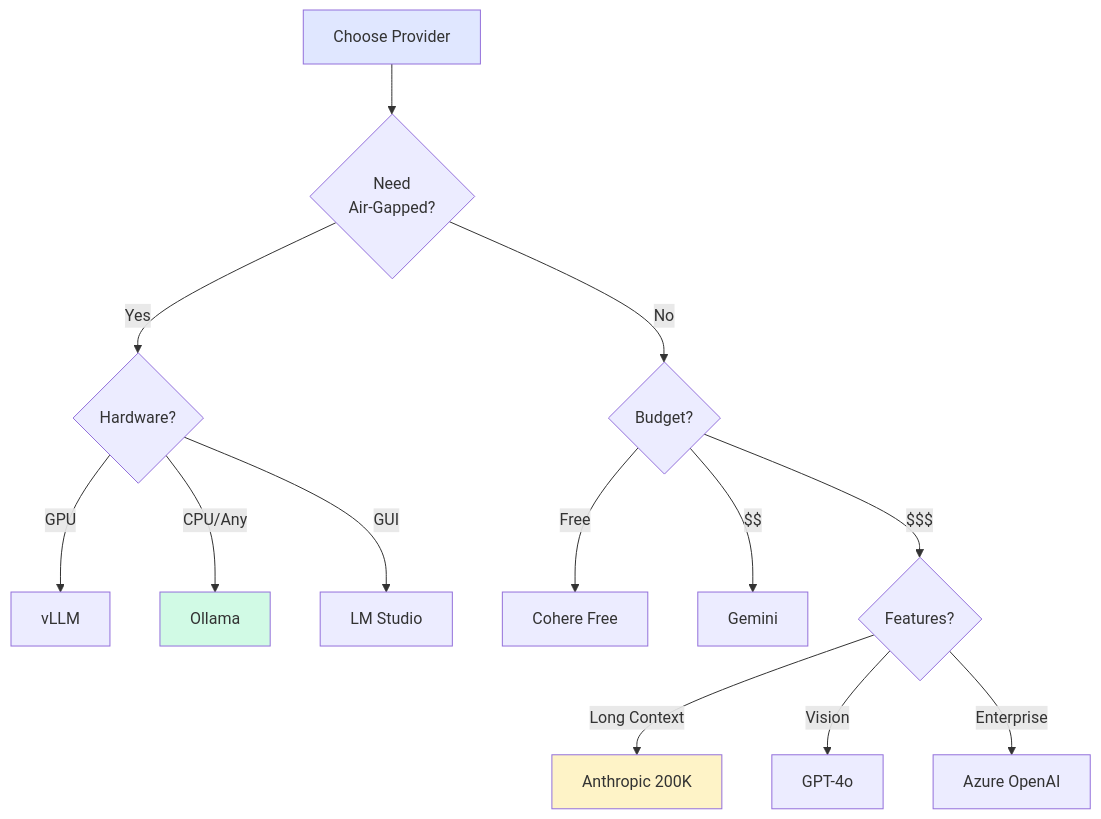
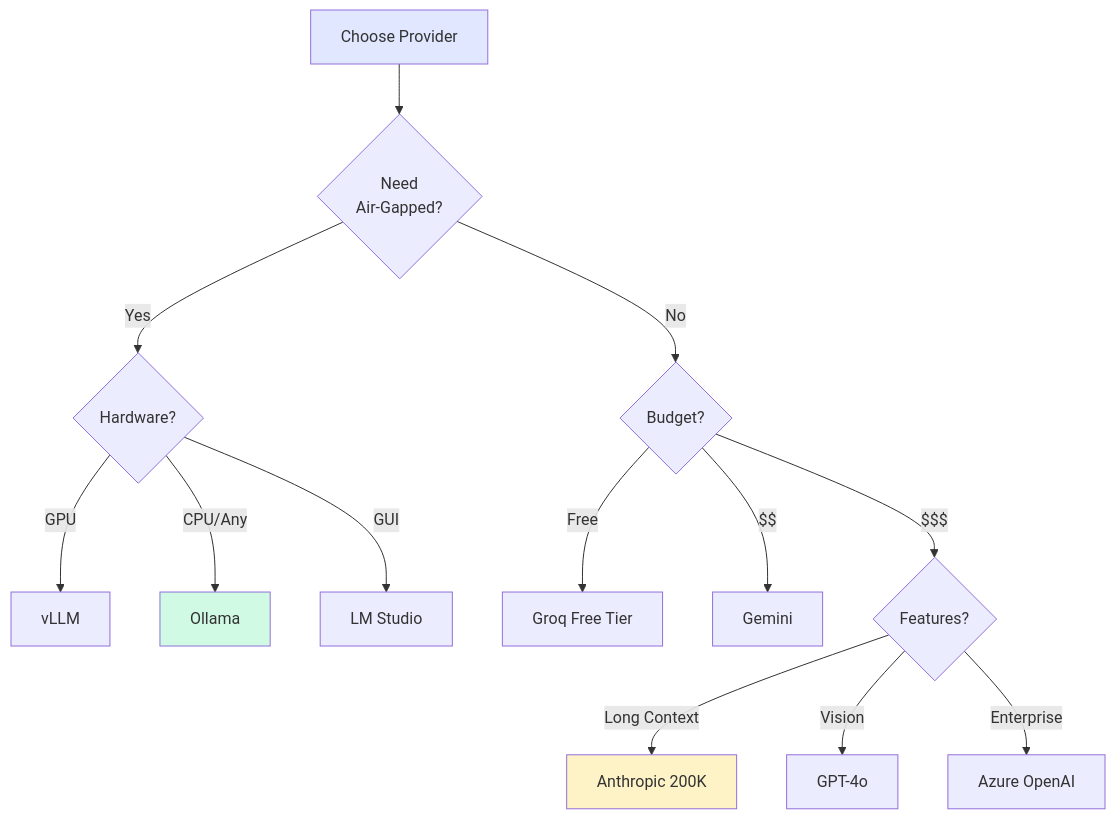
Before and after one commit to vjsingh1984/victor: the diagram in docs/reference/providers-comparison.md, drawn with Mermaid. The commit also changed other lines of this file and 35 other files, not shown here.

````diff
--- a/docs/reference/providers-comparison.md
+++ b/docs/reference/providers-comparison.md
@@ -22,22 +21,22 @@
 ```mermaid
 flowchart TD
     START["Choose Provider"] --> AIR{"Need<br/>Air-Gapped?"}
     AIR -->|Yes| LOCAL{"Hardware?"}
     AIR -->|No| CLOUD{"Budget?"}
 
     LOCAL -->|GPU| VLLM["vLLM"]
     LOCAL -->|CPU/Any| OLLAMA["Ollama"]
     LOCAL -->|GUI| LMSTUDIO["LM Studio"]
 
-    CLOUD -->|Free| COHERE["Cohere Free"]
+    CLOUD -->|Free| GROQ["Groq Free Tier"]
     CLOUD -->|$$| GOOGLE["Gemini"]
     CLOUD -->|$$$| FEATURES{"Features?"}
 
     FEATURES -->|Long Context| ANTHROPIC["Anthropic 200K"]
     FEATURES -->|Vision| GPT4O["GPT-4o"]
     FEATURES -->|Enterprise| AZURE["Azure OpenAI"]
 
     style START fill:#e0e7ff
     style OLLAMA fill:#d1fae5
     style ANTHROPIC fill:#fef3c7
 ```
````
